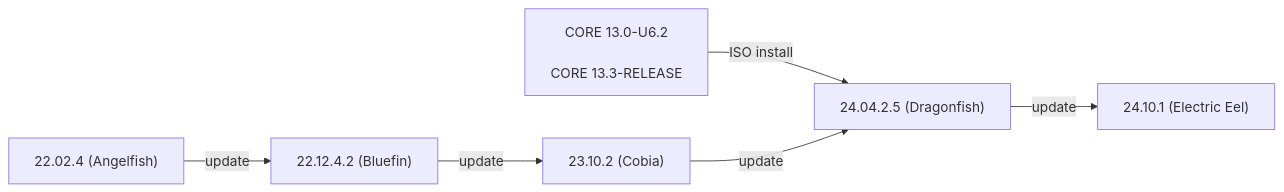
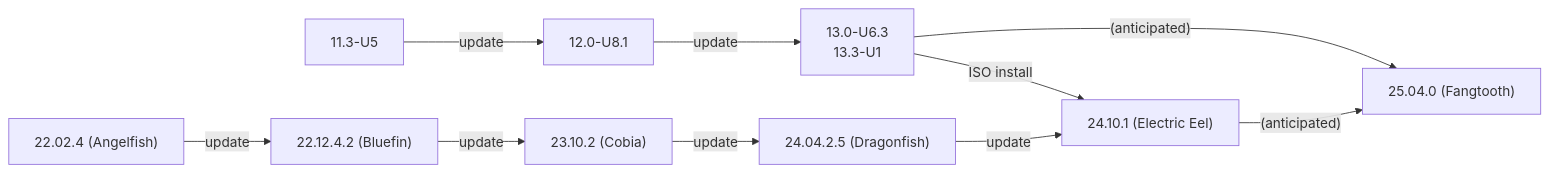
One commit to truenas/documentation changed the first of 2 diagrams in static/includes/SCALEUpgradePaths.md. Above: the diagram before and after it, drawn with Mermaid. The commit also changed other lines of this file, not shown here.

```diff
--- a/static/includes/SCALEUpgradePaths.md
+++ b/static/includes/SCALEUpgradePaths.md
@@ -49,9 +60,13 @@
           {{< mermaid class="mermaid_sizing" >}}
           flowchart LR
-            A["22.02.4 (Angelfish)"] -->|update| C
-            B["CORE 13.0-U6.2<br><br>CORE 13.3-RELEASE"] -->|ISO install| E
-            C["22.12.4.2 (Bluefin)"] -->|update| D
-            D["23.10.2 (Cobia)"] -->|update| E
-            E["24.04.2.5 (Dragonfish)"] -->|update| H
-            H["24.10.1 (Electric Eel)"]
+            A["11.3-U5"] -->|update| B["12.0-U8.1"]
+            B -->|update| C["13.0-U6.3 <br> 13.3-U1"]
+            C -->|ISO install| H
+            C -->|"(anticipated)"| I
+            D["22.02.4 (Angelfish)"] -->|update| E
+            E["22.12.4.2 (Bluefin)"] -->|update| F
+            F["23.10.2 (Cobia)"] -->|update| G
+            G["24.04.2.5 (Dragonfish)"] -->|update| H
+            H["24.10.1 (Electric Eel)"] -->|"(anticipated)"| I
+            I["25.04.0 (Fangtooth)"]
           {{< /mermaid >}}
```
